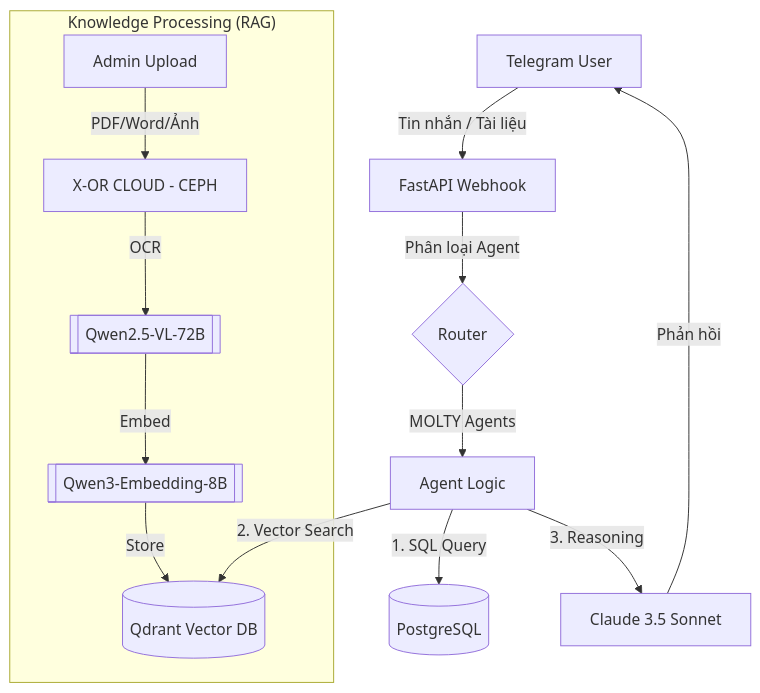
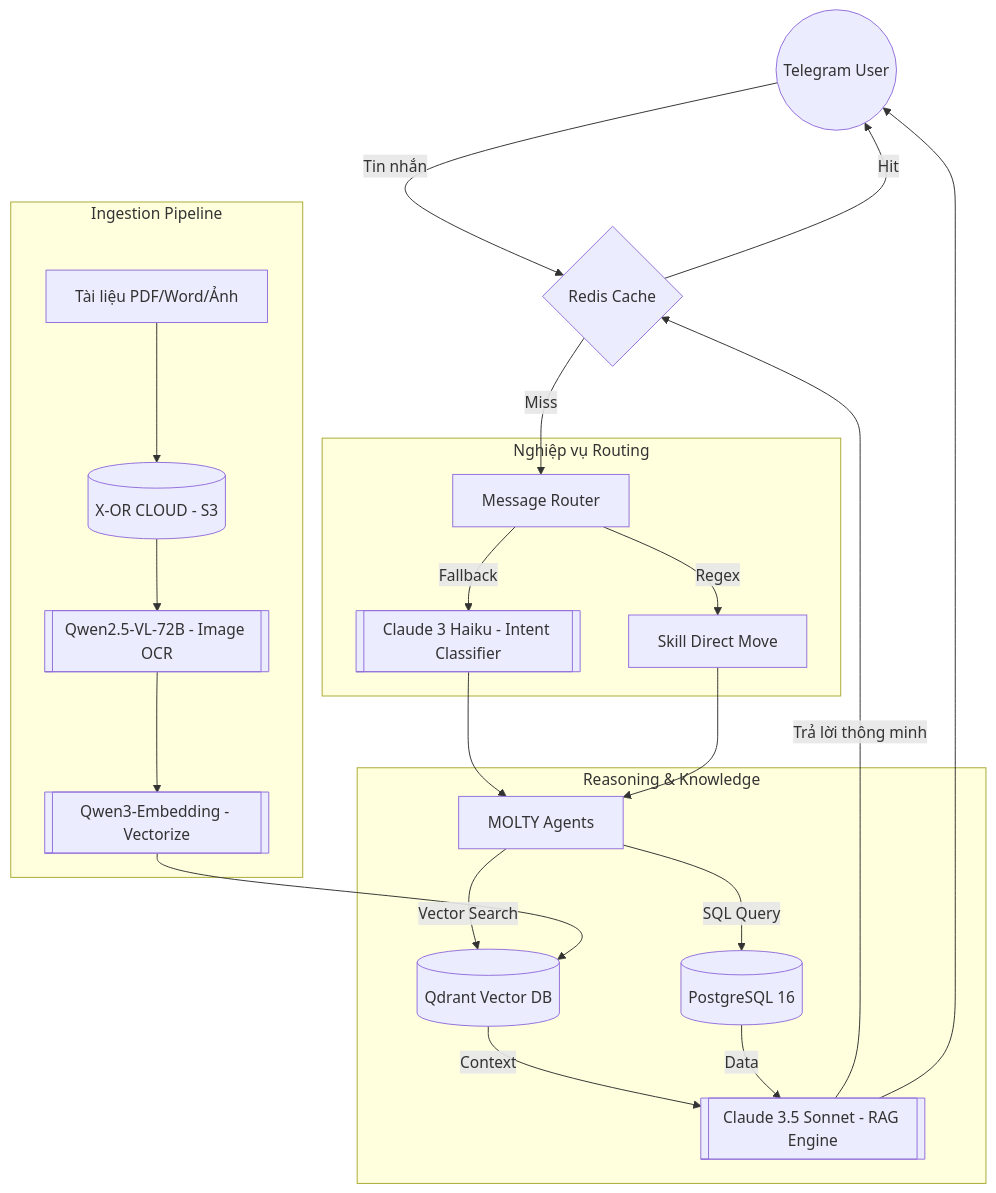
Before and after one commit to X-OR-Cloud/xCB: the diagram in README.md, drawn with Mermaid. The commit also changed other lines of this file, not shown here.

Commit message:
Comprehensive README update: Multi-LLM architecture and Cost Optimization stack

````diff
--- a/README.md
+++ b/README.md
@@ -55,19 +43,31 @@
 ```mermaid
 graph TD
-    A[Telegram User] -->|Tin nhắn / Tài liệu| B[FastAPI Webhook]
-    B -->|Phân loại Agent| C{Router}
+    User((Telegram User)) -->|Tin nhắn| Cache{Redis Cache}
+    Cache -->|Hit| User
+    Cache -->|Miss| Router[Message Router]
     
-    subgraph "Knowledge Processing (RAG)"
-        D[Admin Upload] -->|PDF/Word/Ảnh| E[X-OR CLOUD - CEPH]
-        E -->|OCR| F[[Qwen2.5-VL-72B]]
-        F -->|Embed| G[[Qwen3-Embedding-8B]]
-        G -->|Store| H[(Qdrant Vector DB)]
+    subgraph "Nghiệp vụ Routing"
+        Router -->|Regex| Match[Skill Direct Move]
+        Router -->|Fallback| Haiku[[Claude 3 Haiku - Intent Classifier]]
     end
 
-    C -->|MOLTY Agents| I[Agent Logic]
-    I -->|1. SQL Query| J[(PostgreSQL)]
-    I -->|2. Vector Search| H
-    I -->|3. Reasoning| K[Claude 3.5 Sonnet]
+    Haiku --> Agent[MOLTY Agents]
+    Match --> Agent
     
-    K -->|Phản hồi| A
+    subgraph "Reasoning & Knowledge"
+        Agent -->|SQL Query| DB[(PostgreSQL 16)]
+        Agent -->|Vector Search| VDB[(Qdrant Vector DB)]
+        VDB -->|Context| Sonnet[[Claude 3.5 Sonnet - RAG Engine]]
+        DB -->|Data| Sonnet
+    end
+
+    Sonnet -->|Trả lời thông minh| Cache
+    Sonnet --> User
+
+    subgraph "Ingestion Pipeline"
+        Doc[Tài liệu PDF/Word/Ảnh] --> CEPH[(X-OR CLOUD - S3)]
+        CEPH --> Qwen[[Qwen2.5-VL-72B - Image OCR]]
+        Qwen --> Embed[[Qwen3-Embedding - Vectorize]]
+        Embed --> VDB
+    end
 ```
````
